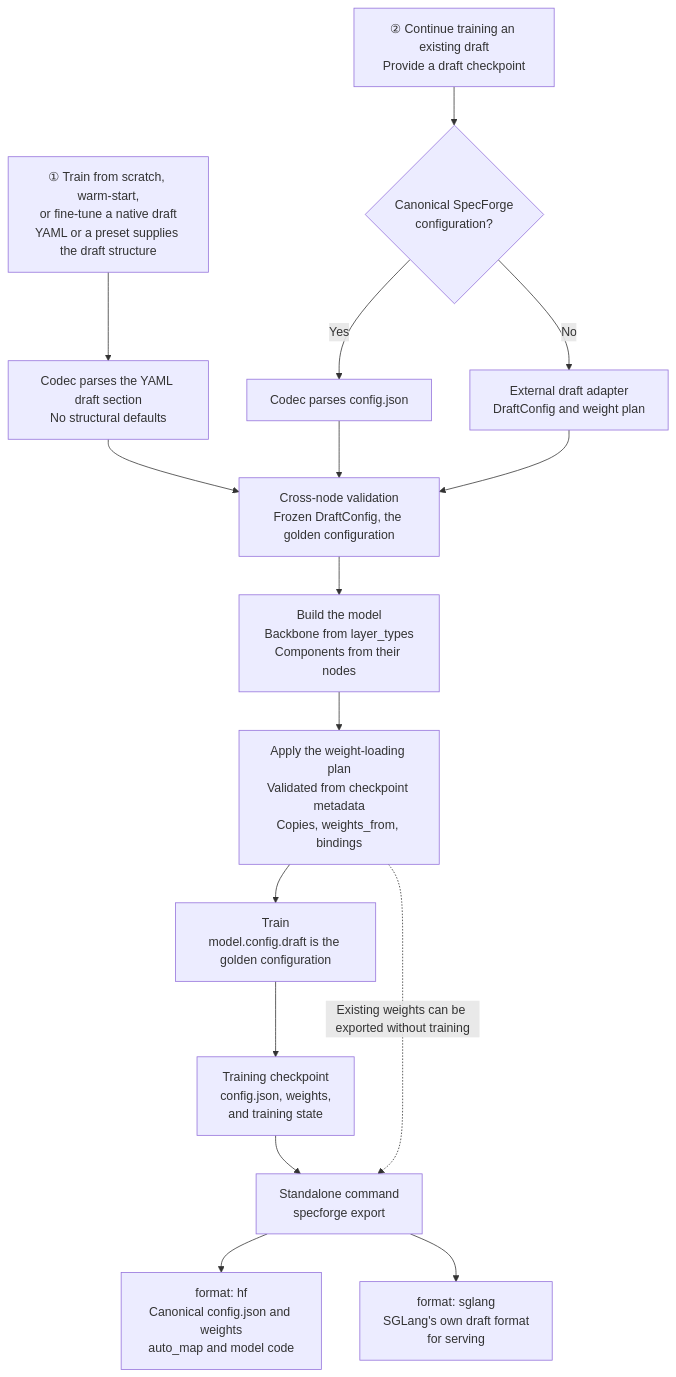
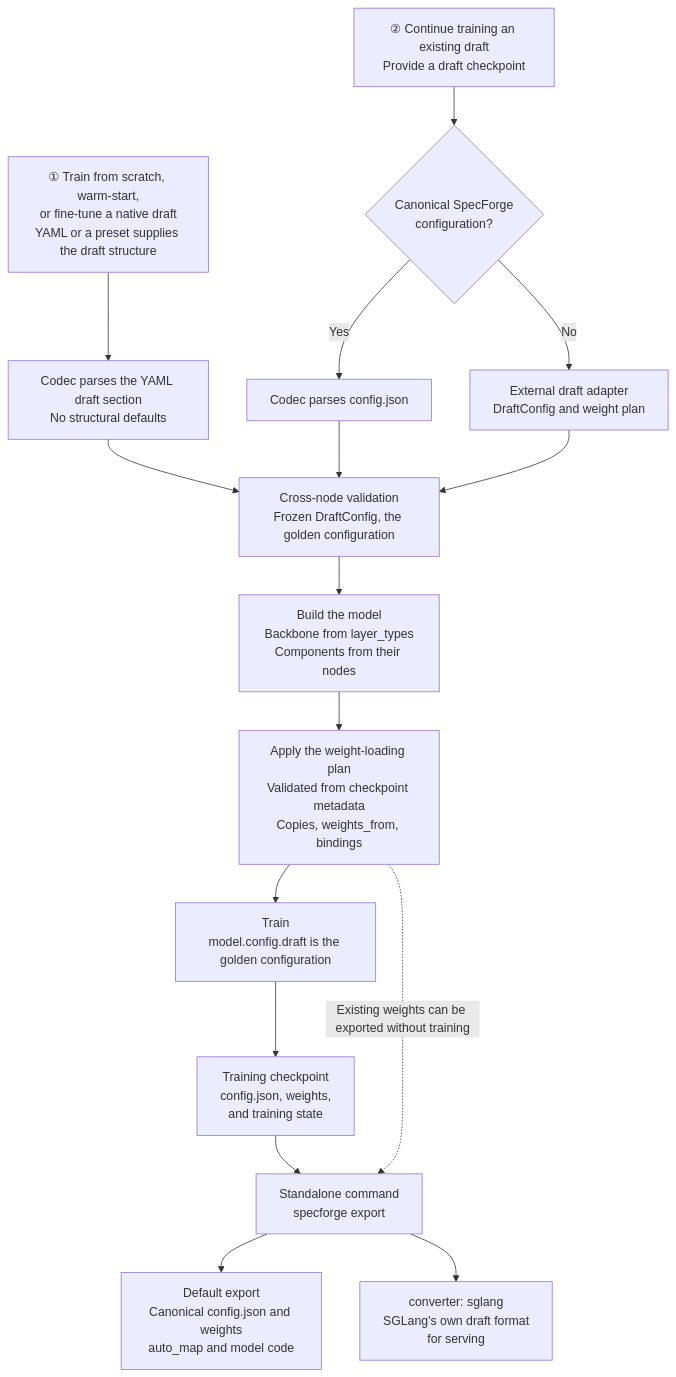
The first of 2 diagrams in docs/config_usage_graph-eng.md (sgl-project/SpecForge), drawn with Mermaid before and after one commit. The commit also changed other lines of this file and 2 other files, not shown here.

````diff
--- a/docs/config_usage_graph-eng.md
+++ b/docs/config_usage_graph-eng.md
@@ -16,24 +16,24 @@
 ```mermaid
 flowchart TB
     A["① Train from scratch, warm-start,<br/>or fine-tune a native draft<br/>YAML or a preset supplies the draft structure"]
     B["② Continue training an existing draft<br/>Provide a draft checkpoint"]
 
     A --> A1["Codec parses the YAML draft section<br/>No structural defaults"]
     B --> B1{"Canonical SpecForge<br/>configuration?"}
     B1 -->|Yes| B2["Codec parses config.json"]
     B1 -->|No| B3["External draft adapter<br/>DraftConfig and weight plan"]
 
     A1 --> D["Cross-node validation<br/>Frozen DraftConfig, the golden configuration"]
     B2 --> D
     B3 --> D
 
     D --> E["Build the model<br/>Backbone from layer_types<br/>Components from their nodes"]
     E --> F["Apply the weight-loading plan<br/>Validated from checkpoint metadata<br/>Copies, weights_from, bindings"]
     F --> G["Train<br/>model.config.draft is the golden configuration"]
     G --> H["Training checkpoint<br/>config.json, weights,<br/>and training state"]
 
     H --> I["Standalone command<br/>specforge export"]
     F -. "Existing weights can be exported without training" .-> I
-    I --> J["format: hf<br/>Canonical config.json and weights<br/>auto_map and model code"]
-    I --> K["format: sglang<br/>SGLang's own draft format<br/>for serving"]
+    I --> J["Default export<br/>Canonical config.json and weights<br/>auto_map and model code"]
+    I --> K["converter: sglang<br/>SGLang's own draft format<br/>for serving"]
 ```
````
